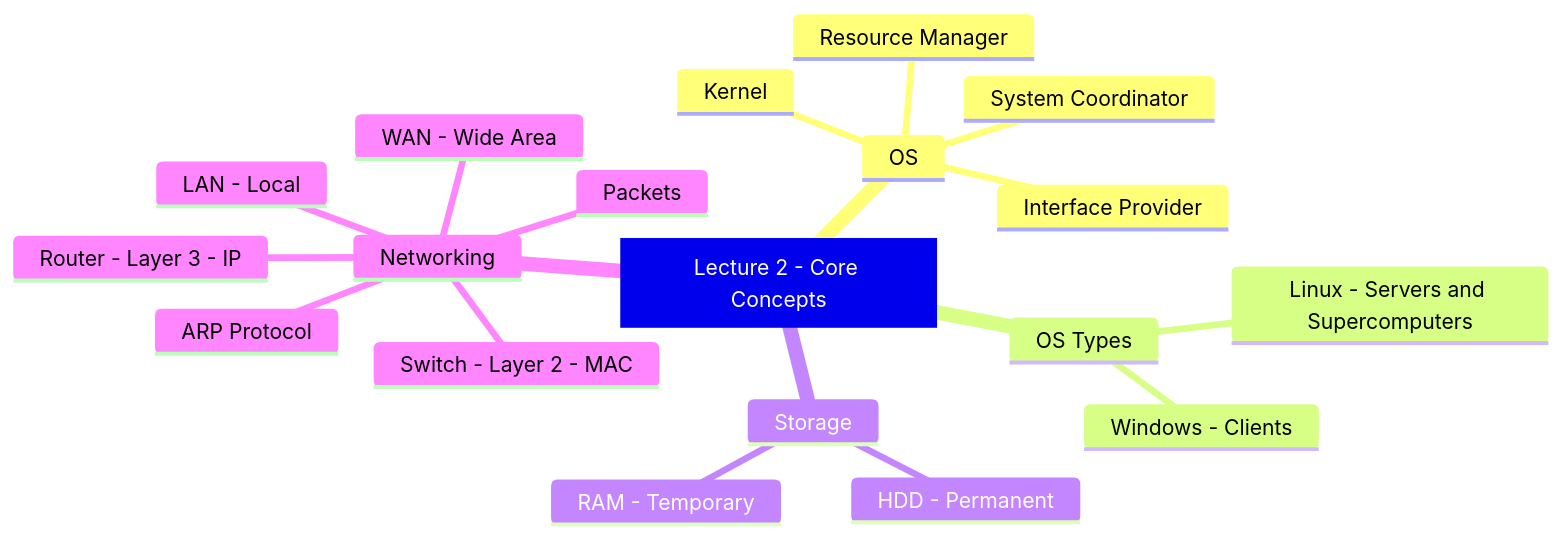
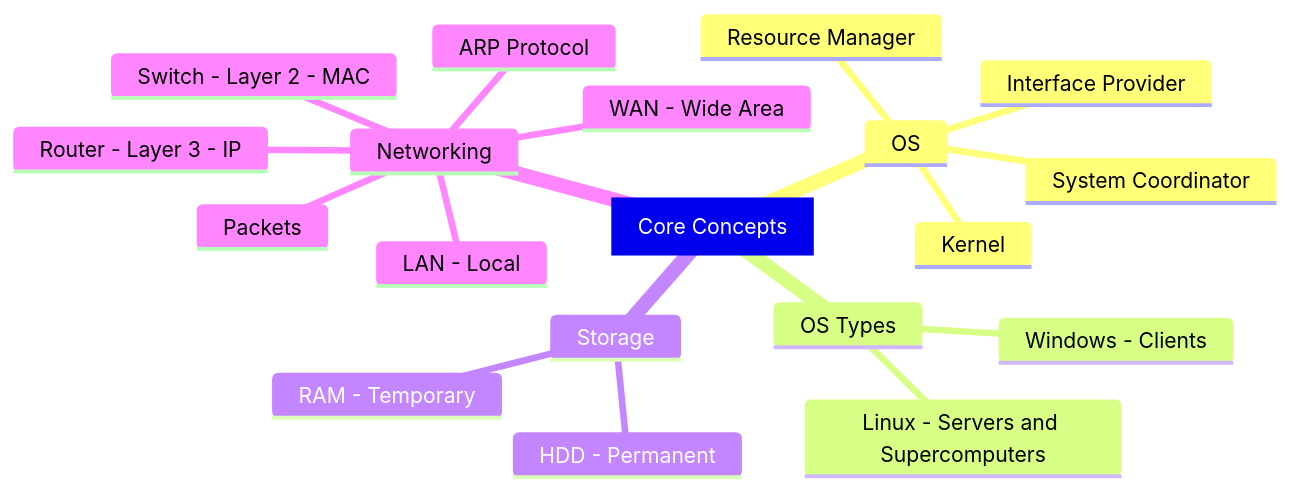
Diagram 14 of 14 in Operating Systems & Networking Fundamentals.md (ammaryasser28/Introduction-To-Cyber-Security), drawn with Mermaid before and after one commit.

Commit message:
Update Operating Systems & Networking Fundamentals.md

````diff
--- a/Operating Systems & Networking Fundamentals.md
+++ b/Operating Systems & Networking Fundamentals.md
@@ -454,22 +454,22 @@
 ```mermaid
 mindmap
-  root["Lecture 2 - Core Concepts"]
+  root["Core Concepts"]
     OS
       Resource Manager
       Interface Provider
       System Coordinator
       Kernel
     OS Types
       Windows - Clients
       Linux - Servers and Supercomputers
     Storage
       HDD - Permanent
       RAM - Temporary
     Networking
       LAN - Local
       WAN - Wide Area
       Switch - Layer 2 - MAC
       Router - Layer 3 - IP
       ARP Protocol
       Packets
 ```
````
